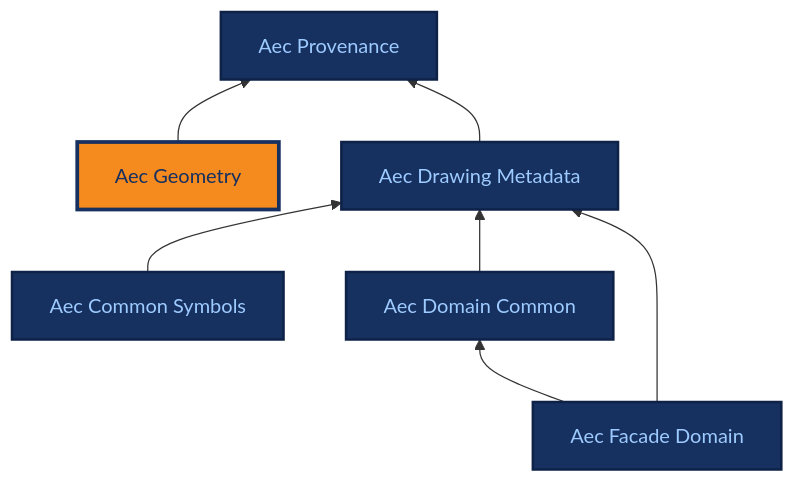
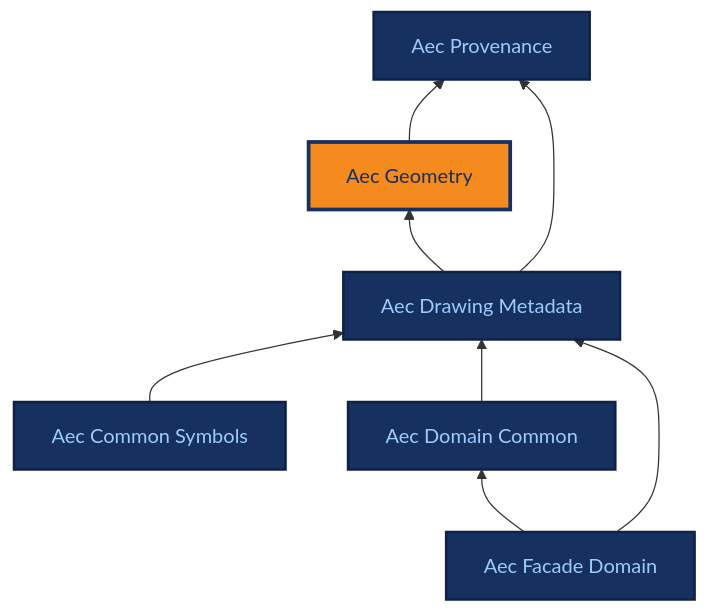
Before and after one commit to BuroHappoldMachineLearning/ADIRO: the diagram in docs/ontologies/aec_geometry.md, drawn with Mermaid. The commit also changed 28 other files, not shown here.

First line of the commit message:
fix: keep the aec_geometry import and state the title block's bounding box as a restriction (#192)

````diff
--- a/docs/ontologies/aec_geometry.md
+++ b/docs/ontologies/aec_geometry.md
@@ -30,26 +30,27 @@
 ```mermaid
 %%{init: {"themeCSS": ".base .nodeLabel,.base .nodeLabel p,.base text,.base tspan{fill:#9ecbff !important;color:#9ecbff !important}.current .nodeLabel,.current .nodeLabel p,.current text,.current tspan{fill:#16305f !important;color:#16305f !important}"} }%%
 graph BT
     aec_provenance["Aec Provenance"]
     aec_geometry["Aec Geometry"]
     aec_drawing_metadata["Aec Drawing Metadata"]
     aec_common_symbols["Aec Common Symbols"]
     aec_domain_common["Aec Domain Common"]
     aec_facade_domain["Aec Facade Domain"]
     aec_geometry --> aec_provenance
+    aec_drawing_metadata --> aec_geometry
     aec_drawing_metadata --> aec_provenance
     aec_common_symbols --> aec_drawing_metadata
     aec_domain_common --> aec_drawing_metadata
     aec_facade_domain --> aec_domain_common
     aec_facade_domain --> aec_drawing_metadata
     click aec_provenance "../aec_provenance/" "Aec Provenance reference page"
     click aec_geometry "../aec_geometry/" "Aec Geometry reference page"
     click aec_drawing_metadata "../aec_drawing_metadata/" "Aec Drawing Metadata reference page"
     click aec_common_symbols "../aec_common_symbols/" "Aec Common Symbols reference page"
     click aec_domain_common "../aec_domain_common/" "Aec Domain Common reference page"
     click aec_facade_domain "../aec_facade_domain/" "Aec Facade Domain reference page"
     classDef base fill:#16305f,stroke:#0e2247,stroke-width:2px,color:#9ecbff;
     class aec_provenance,aec_drawing_metadata,aec_common_symbols,aec_domain_common,aec_facade_domain base;
     classDef current fill:#f58a1f,stroke:#16305f,stroke-width:3px,color:#16305f;
     class aec_geometry current;
 ```
````
